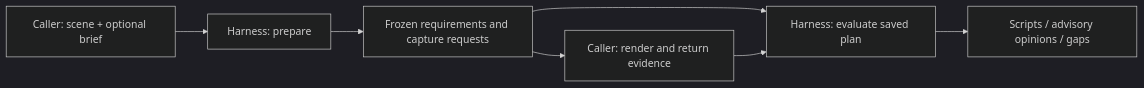
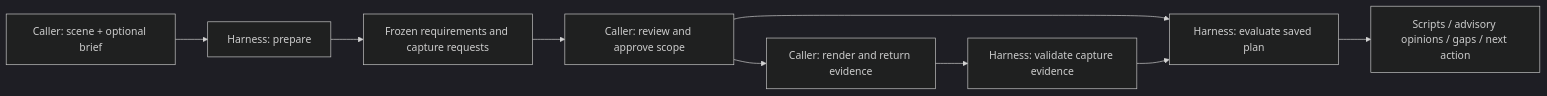
The diagram in docs/PREPARATION_AND_SKILLS.md (pr9868/scene-acceptance), drawn with Mermaid (dark theme) before and after one commit. The commit also changed other lines of this file and 3 other files, not shown here.

Commit message:
Clarify visual review and complete caller workflow docs

````diff
--- a/docs/PREPARATION_AND_SKILLS.md
+++ b/docs/PREPARATION_AND_SKILLS.md
@@ -13,9 +15,11 @@
 ```mermaid
 flowchart LR
   A[Caller: scene + optional brief] --> P[Harness: prepare]
   P --> F[Frozen requirements and capture requests]
-  F --> C[Caller: render and return evidence]
-  F --> E[Harness: evaluate saved plan]
-  C --> E
-  E --> R[Scripts / advisory opinions / gaps]
+  F --> S[Caller: review and approve scope]
+  S --> C[Caller: render and return evidence]
+  C --> V[Harness: validate capture evidence]
+  S --> E[Harness: evaluate saved plan]
+  V --> E
+  E --> R[Scripts / advisory opinions / gaps / next action]
 ```
````
